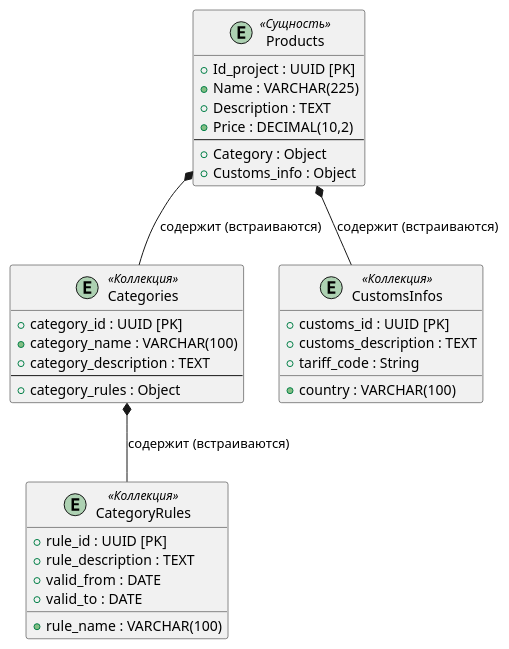
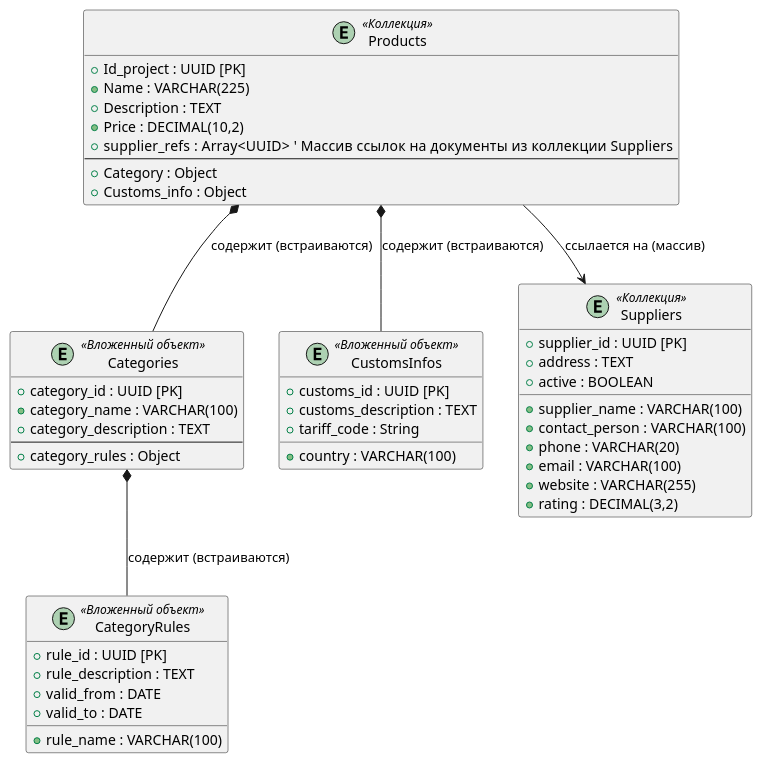
One commit to PavelMahnyuk/-_analytics_practice changed the diagram in UML_MongoDB.puml. Above: the diagram before and after it, drawn with PlantUML.

Commit message:
Доработал ER документо-ориентированной

```diff
--- a/UML_MongoDB.puml
+++ b/UML_MongoDB.puml
@@ -1,39 +1,53 @@
 @startuml
-entity "Products" as Products <<Сущность>> {
+entity "Products" as Products <<Коллекция>> {
     + Id_project : UUID [PK]
     + Name : VARCHAR(225)
     + Description : TEXT
     + Price : DECIMAL(10,2)
+    + supplier_refs : Array<UUID>    ' Массив ссылок на документы из коллекции Suppliers
     --
     + Category : Object
     + Customs_info : Object
 }
 
-entity "Categories" as Categories <<Коллекция>> {
+entity "Categories" as Categories <<Вложенный объект>> {
     + category_id : UUID [PK]
     + category_name : VARCHAR(100)
     + category_description : TEXT
     --
     + category_rules : Object
 }
 
-entity "CustomsInfos" as CustomsInfo <<Коллекция>> {
+entity "CustomsInfos" as CustomsInfo <<Вложенный объект>> {
     + customs_id : UUID [PK]
     + country : VARCHAR(100)
     + customs_description : TEXT
     + tariff_code : String
 }
 
-entity "CategoryRules" as CategoryRules <<Коллекция>> {
+entity "CategoryRules" as CategoryRules <<Вложенный объект>> {
     + rule_id : UUID [PK]
     + rule_name : VARCHAR(100)
     + rule_description : TEXT
     + valid_from : DATE
     + valid_to : DATE
 }
 
+entity "Suppliers" as Suppliers <<Коллекция>> {
+    + supplier_id : UUID [PK]
+    + supplier_name : VARCHAR(100)
+    + contact_person : VARCHAR(100)
+    + phone : VARCHAR(20)
+    + email : VARCHAR(100)
+    + address : TEXT
+    + website : VARCHAR(255)
+    + rating : DECIMAL(3,2)
+    + active : BOOLEAN
+}
+
 Products *-- Categories : содержит (встраиваются)
 Products *-- CustomsInfo : содержит (встраиваются)
 Categories *-- CategoryRules : содержит (встраиваются)
+Products --> Suppliers : ссылается на (массив)
 
 @enduml
```
